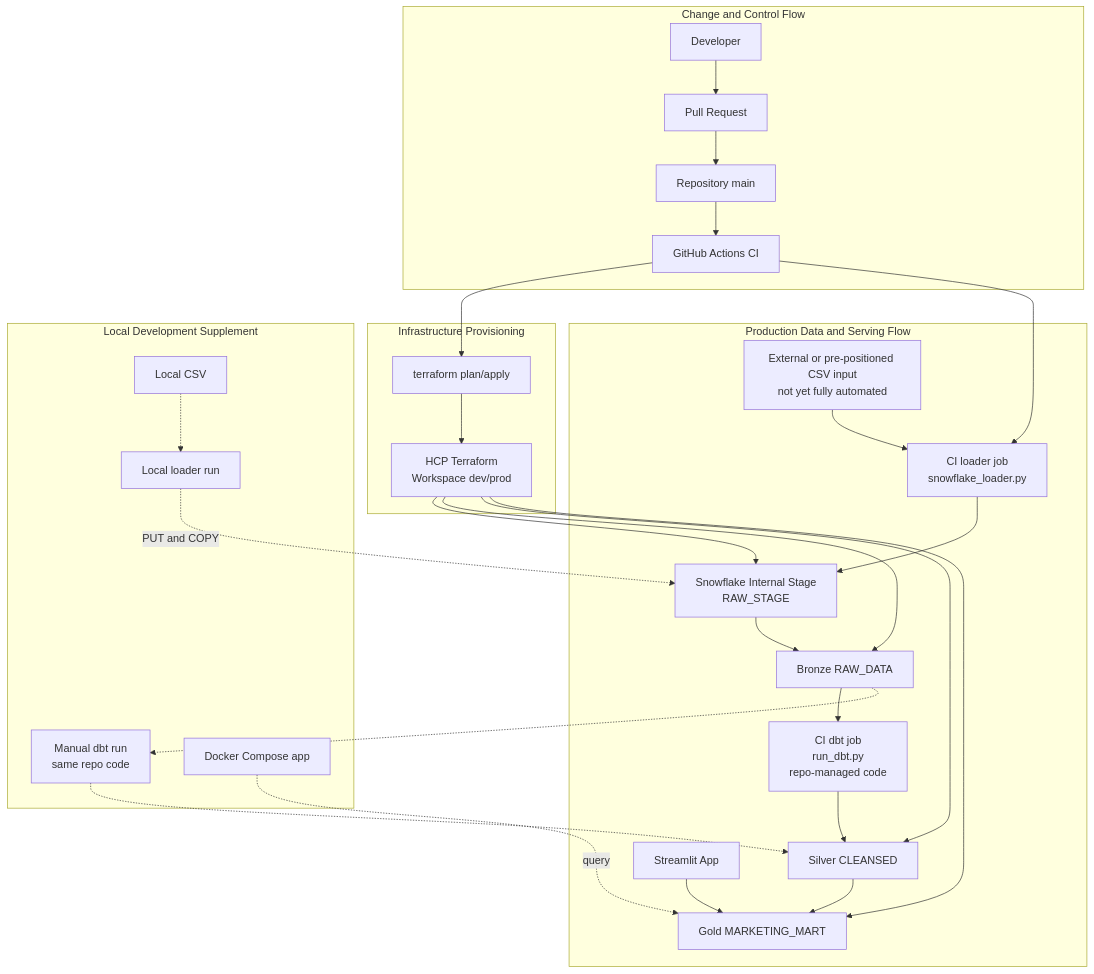
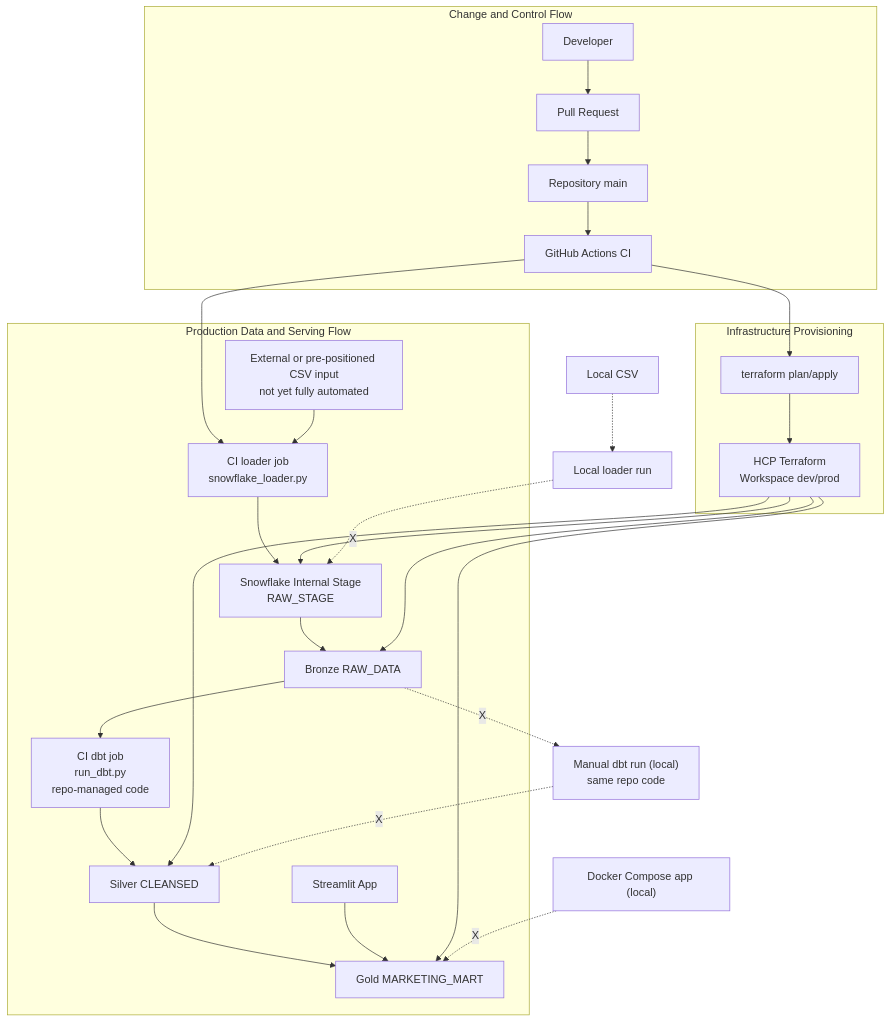
Before and after one commit to zappyzed100/enterprise-data-platform-snowflake: the diagram in docs/diagrams/system-overview.mmd, drawn with Mermaid. The commit also changed 2 other files, not shown here.

Commit message:
docs: 俯瞰図のローカル経路表記を明確化

```diff
--- a/docs/diagrams/system-overview.mmd
+++ b/docs/diagrams/system-overview.mmd
@@ -1,57 +1,55 @@
 flowchart TB
     subgraph ChangeFlow[Change and Control Flow]
         DEV_USER[Developer]
         PR[Pull Request]
         REPO[Repository main]
         CI[GitHub Actions CI]
 
         DEV_USER --> PR
         PR --> REPO
         REPO --> CI
     end
 
     subgraph InfraFlow[Infrastructure Provisioning]
         TF_RUN[terraform plan/apply]
         HCP_WS[HCP Terraform\nWorkspace dev/prod]
 
         CI --> TF_RUN
         TF_RUN --> HCP_WS
     end
 
     subgraph DataFlow[Production Data and Serving Flow]
         PROD_DATA[External or pre-positioned CSV input\nnot yet fully automated]
         PROD_LOADER[CI loader job\nsnowflake_loader.py]
         INTERNAL_STAGE[Snowflake Internal Stage\nRAW_STAGE]
         BRONZE[Bronze RAW_DATA]
         PROD_DBT[CI dbt job\nrun_dbt.py\nrepo-managed code]
         SILVER[Silver CLEANSED]
         GOLD[Gold MARKETING_MART]
         STREAMLIT[Streamlit App]
 
         CI --> PROD_LOADER
         PROD_DATA --> PROD_LOADER
         PROD_LOADER --> INTERNAL_STAGE
         INTERNAL_STAGE --> BRONZE
         BRONZE --> PROD_DBT
         PROD_DBT --> SILVER
         SILVER --> GOLD
         STREAMLIT --> GOLD
     end
 
     HCP_WS --> INTERNAL_STAGE
     HCP_WS --> BRONZE
     HCP_WS --> SILVER
     HCP_WS --> GOLD
 
-    subgraph LocalFlow[Local Development Supplement]
-        LOCAL_DATA[Local CSV]
-        LOCAL_LOADER[Local loader run]
-        LOCAL_DBT[Manual dbt run\nsame repo code]
-        LOCAL_APP[Docker Compose app]
-    end
+    LOCAL_DATA[Local CSV]
+    LOCAL_LOADER[Local loader run]
+    LOCAL_DBT["Manual dbt run (local)\nsame repo code"]
+    LOCAL_APP["Docker Compose app (local)"]
 
     LOCAL_DATA -.-> LOCAL_LOADER
-    LOCAL_LOADER -. PUT and COPY .-> INTERNAL_STAGE
-    BRONZE -.-> LOCAL_DBT
-    LOCAL_DBT -.-> SILVER
-    LOCAL_APP -. query .-> GOLD
+    LOCAL_LOADER -. X      .-> INTERNAL_STAGE
+    BRONZE -. X .-> LOCAL_DBT
+    LOCAL_DBT -. X .-> SILVER
+    LOCAL_APP -. X .-> GOLD
```
